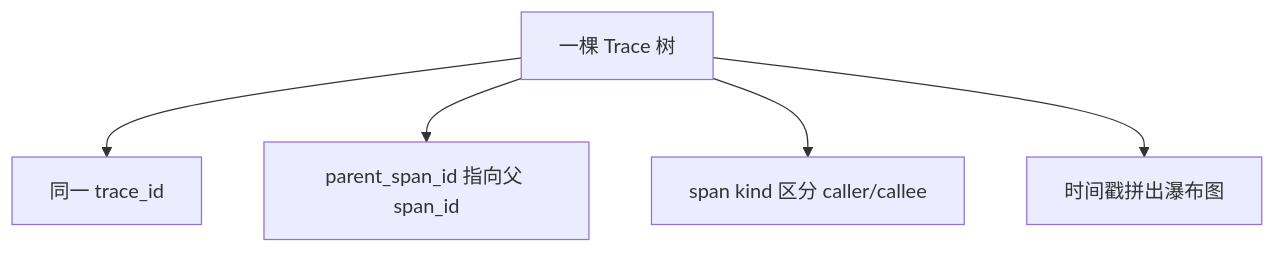
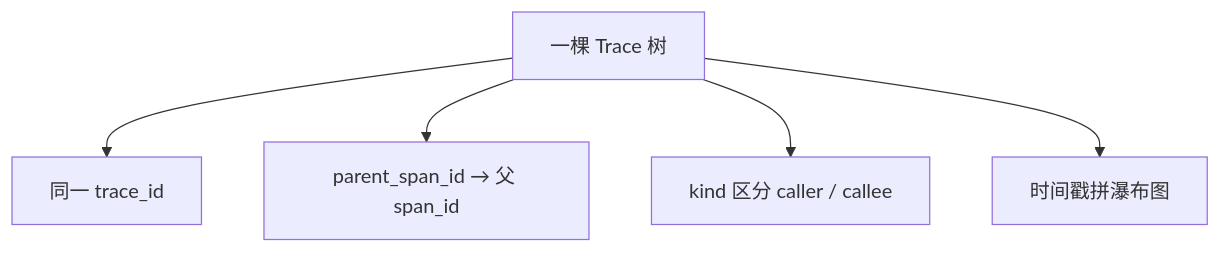
The third of 6 diagrams in 09-可观测性与SRE方法论/05-链路追踪与OpenTelemetry/知识点.md (ml-cuizijun/LearnToLilith), drawn with Mermaid before and after one commit. The commit also changed other lines of this file and 178 other files, not shown here.

````diff
--- a/09-可观测性与SRE方法论/05-链路追踪与OpenTelemetry/知识点.md
+++ b/09-可观测性与SRE方法论/05-链路追踪与OpenTelemetry/知识点.md
@@ -193,7 +165,7 @@
 ```mermaid
 flowchart TB
     TREE["一棵 Trace 树"] --> T["同一 trace_id"]
-    TREE --> P["parent_span_id 指向父 span_id"]
-    TREE --> K["span kind 区分 caller/callee"]
-    TREE --> TS["时间戳拼出瀑布图"]
+    TREE --> P["parent_span_id → 父 span_id"]
+    TREE --> K["kind 区分 caller / callee"]
+    TREE --> TS["时间戳拼瀑布图"]
 ```
````
